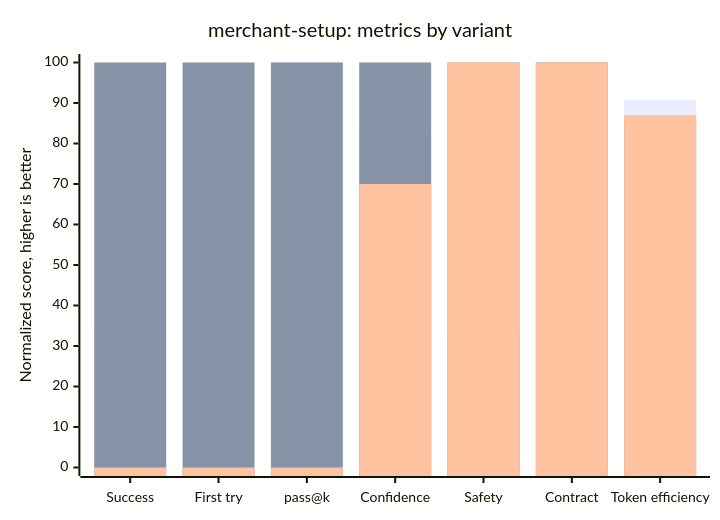
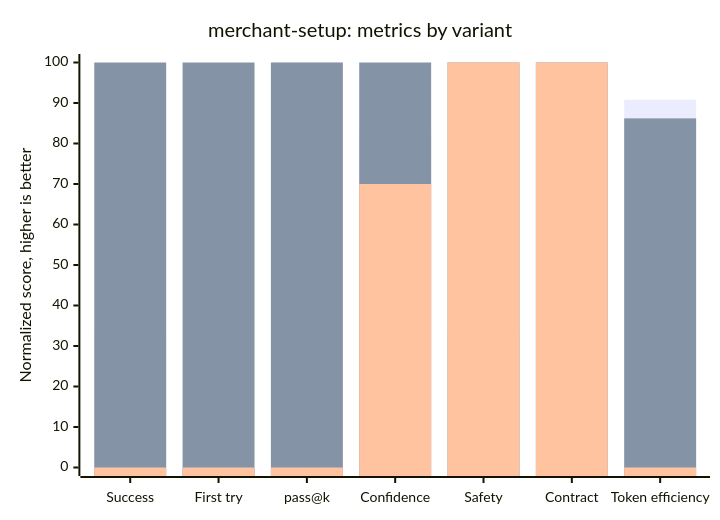
One commit to apyanzin-xsolla/ai-kit-eval-dashboard changed the third of 7 diagrams in README.md. Above: the diagram before and after it, drawn with Mermaid. The commit also changed other lines of this file and 1 other file, not shown here.

Commit message:
docs: fix per-skill chart token efficiency

````diff
--- a/README.md
+++ b/README.md
@@ -134,9 +134,9 @@
 ```mermaid
 xychart-beta
     title "merchant-setup: metrics by variant"
     x-axis ["Success", "First try", "pass@k", "Confidence", "Safety", "Contract", "Token efficiency"]
     y-axis "Normalized score, higher is better" 0 --> 100
     bar [33.3, 0, 100, 83.3, 33.3, 100, 90.8]
     bar [100, 100, 100, 100, 100, 100, 86.2]
-    bar [0, 0, 0, 70, 100, 100, 87]
+    bar [0, 0, 0, 70, 100, 100, 0]
 ```
````
